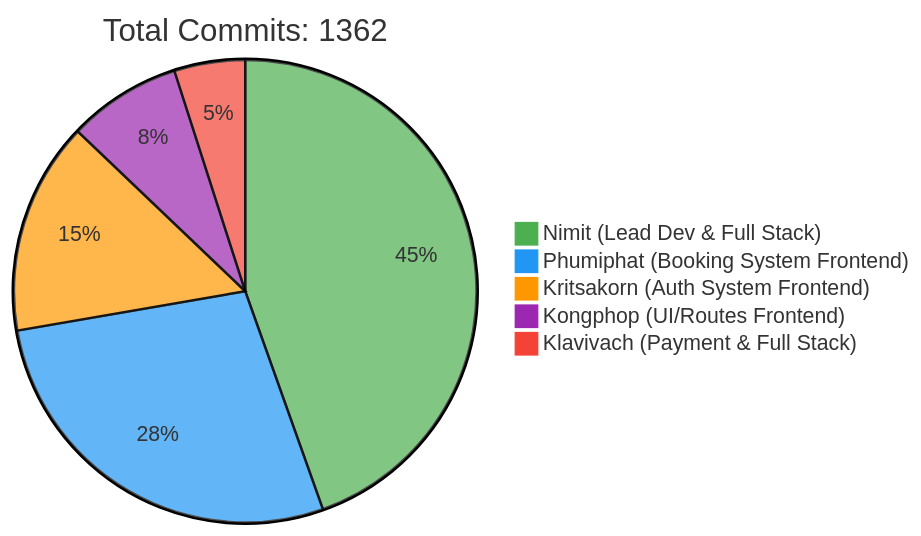
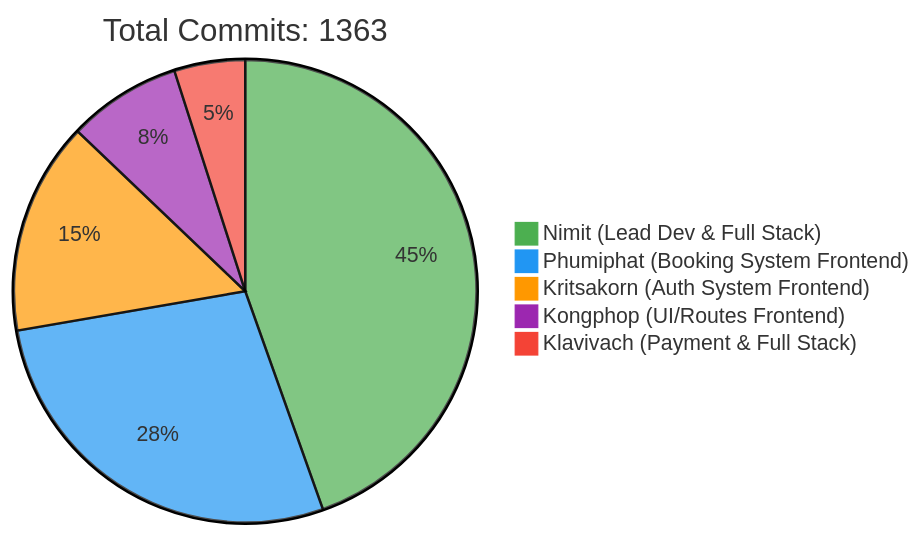
Before and after one commit to 6531503042/Sport-Complex: the first of 2 diagrams in README.md, drawn with Mermaid. The commit also changed other lines of this file, not shown here.

Commit message:
docs: Update contributor statistics [skip ci]

````diff
--- a/README.md
+++ b/README.md
@@ -257,10 +257,10 @@
 ```mermaid
 %%{init: {'theme': 'base', 'themeVariables': { 'pie1': '#4CAF50', 'pie2': '#2196F3', 'pie3': '#FF9800', 'pie4': '#9C27B0', 'pie5': '#F44336'}}}%%
 pie
-    title Total Commits: 1362
+    title Total Commits: 1363
     "Nimit (Lead Dev & Full Stack)" : 450
     "Phumiphat (Booking System Frontend)" : 280
     "Kritsakorn (Auth System Frontend)" : 150
     "Kongphop (UI/Routes Frontend)" : 80
     "Klavivach (Payment & Full Stack)" : 50
 ```
````
